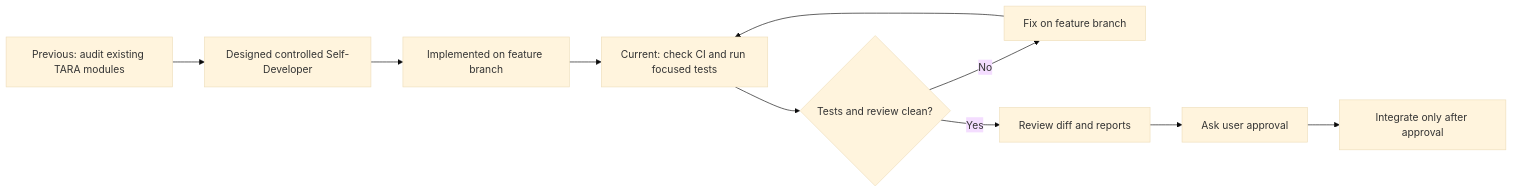
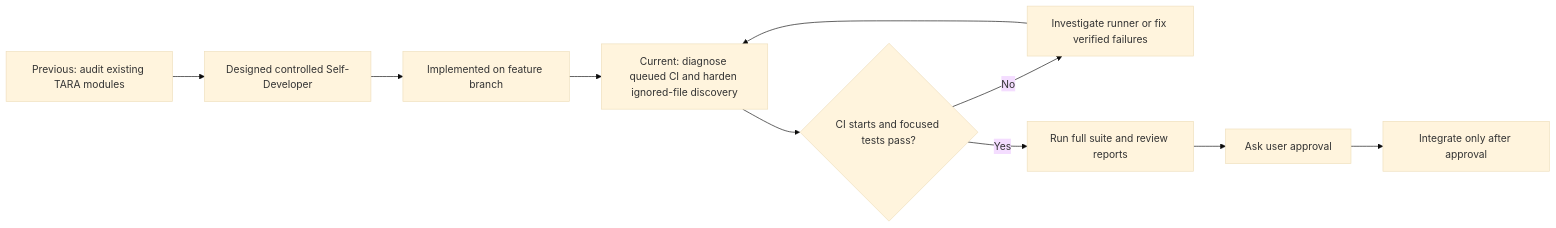
One commit to deathkernel/TARA changed the second of 7 diagrams in README.md. Above: the diagram before and after it, drawn with Mermaid (base theme). The commit also changed other lines of this file and 2 other files, not shown here.

````diff
--- a/README.md
+++ b/README.md
@@ -30,12 +30,12 @@
 ```mermaid
 flowchart LR
     P[Previous: audit existing TARA modules] --> D[Designed controlled Self-Developer]
     D --> I[Implemented on feature branch]
-    I --> C[Current: check CI and run focused tests]
-    C --> H{Tests and review clean?}
-    H -- No --> F[Fix on feature branch]
+    I --> C[Current: diagnose queued CI and harden ignored-file discovery]
+    C --> H{CI starts and focused tests pass?}
+    H -- No --> F[Investigate runner or fix verified failures]
     F --> C
-    H -- Yes --> R[Review diff and reports]
+    H -- Yes --> R[Run full suite and review reports]
     R --> A[Ask user approval]
     A --> G[Integrate only after approval]
 ```
````
